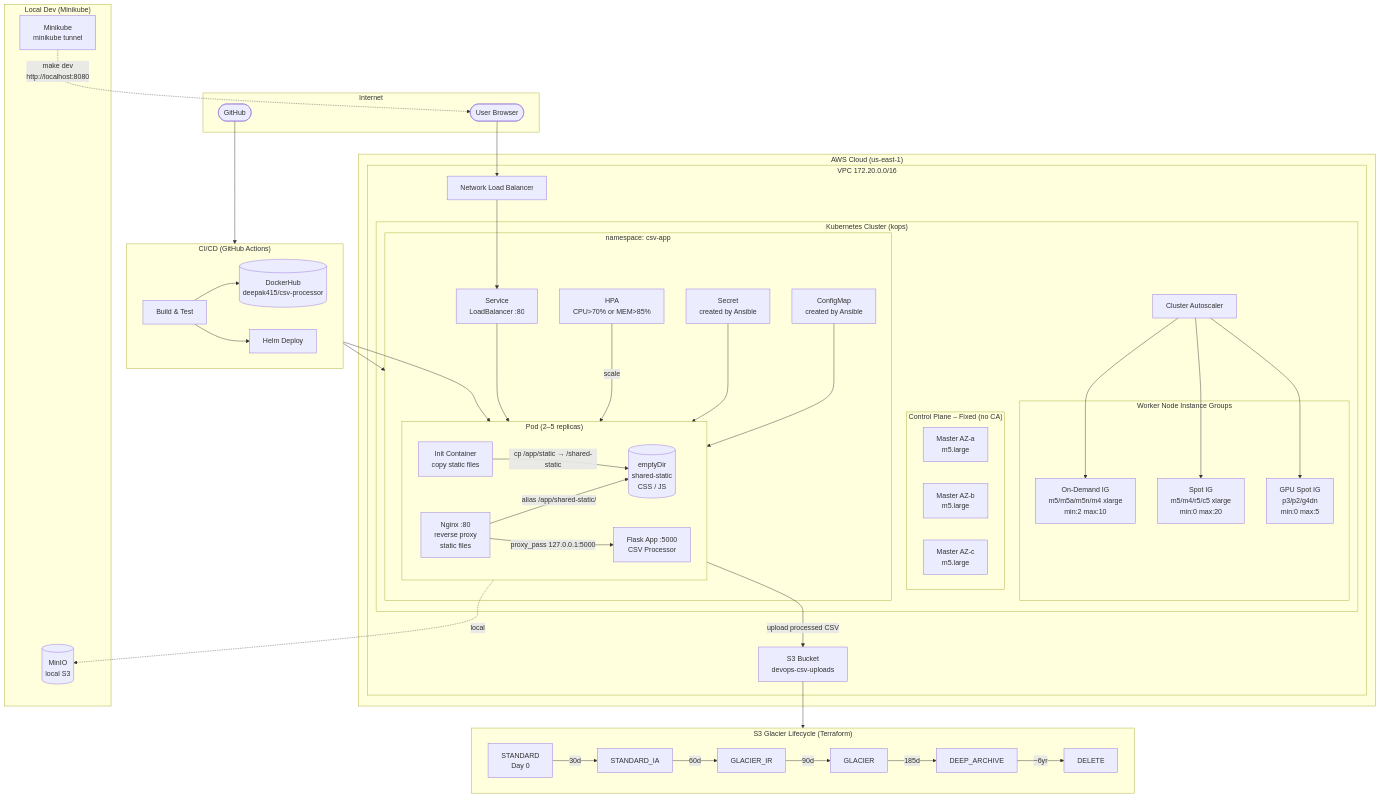
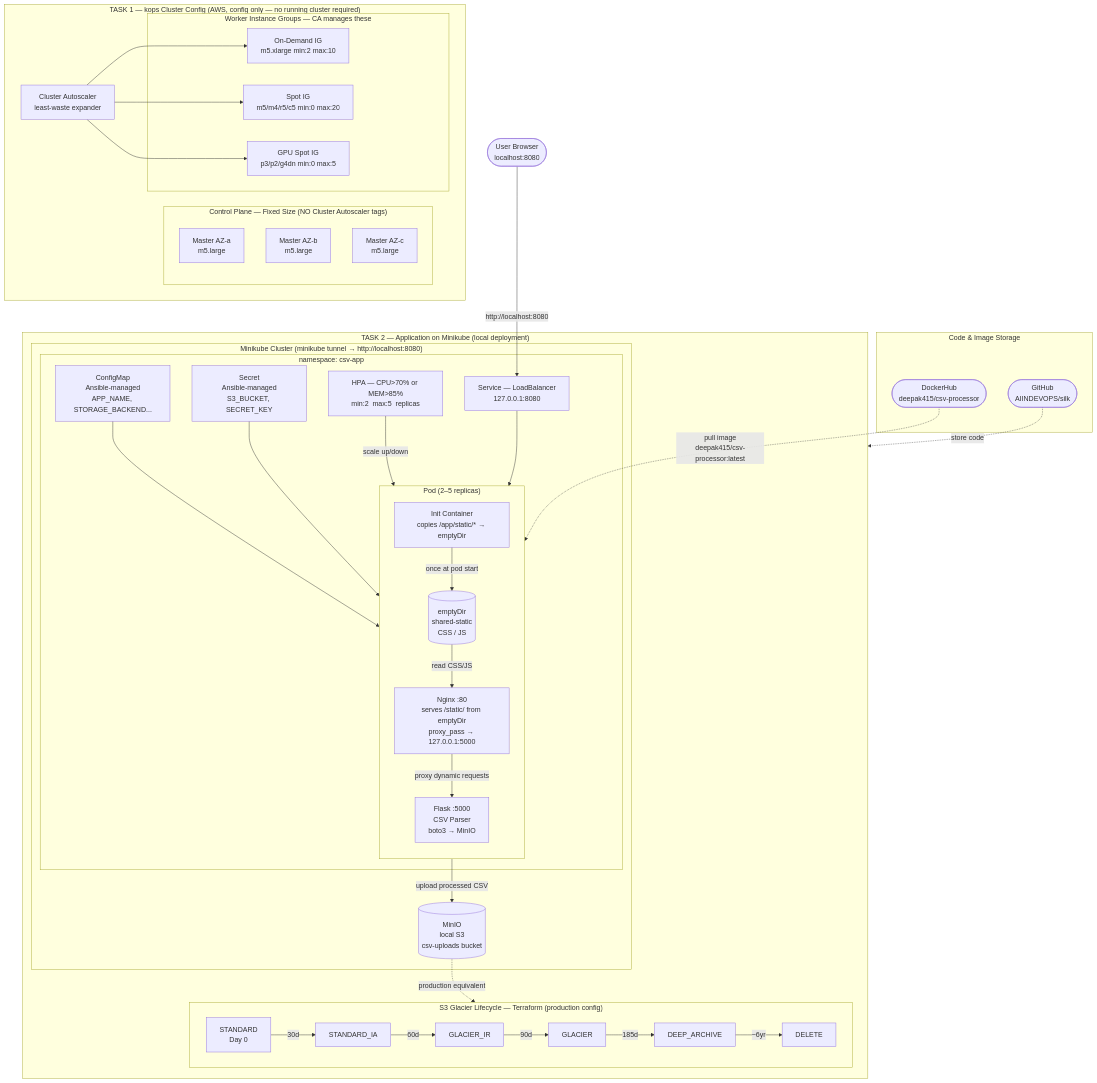
Before and after one commit to AIINDEVOPS/silk: the diagram in ARCHITECTURE.md, drawn with Mermaid. The commit also changed other lines of this file and 34 other files, not shown here.

First line of the commit message:
Remove Azure/CI-CD, fix architecture docs and diagram

````diff
--- a/ARCHITECTURE.md
+++ b/ARCHITECTURE.md
@@ -21,90 +17,71 @@
 ```mermaid
 graph TB
-    subgraph Internet
-        User([User Browser])
-        GH([GitHub])
+    User([User Browser\nlocalhost:8080])
+
+    subgraph Tools["Code & Image Storage"]
+        GH([GitHub\nAIINDEVOPS/silk])
+        DH([DockerHub\ndeepak415/csv-processor])
     end
 
-    subgraph CI["CI/CD (GitHub Actions)"]
-        direction LR
-        GHA[Build & Test] --> DH[(DockerHub\ndeepak415/csv-processor)]
-        GHA --> HelmDeploy[Helm Deploy]
+    subgraph TASK1["TASK 1 — kops Cluster Config (AWS, config only — no running cluster required)"]
+        subgraph Masters["Control Plane — Fixed Size (NO Cluster Autoscaler tags)"]
+            M1[Master AZ-a\nm5.large]
+            M2[Master AZ-b\nm5.large]
+            M3[Master AZ-c\nm5.large]
+        end
+        CA[Cluster Autoscaler\nleast-waste expander]
+        subgraph Workers["Worker Instance Groups — CA manages these"]
+            IG1["On-Demand IG\nm5.xlarge  min:2 max:10"]
+            IG2["Spot IG\nm5/m4/r5/c5  min:0 max:20"]
+            IG3["GPU Spot IG\np3/p2/g4dn  min:0 max:5"]
+        end
+        CA --> IG1
+        CA --> IG2
+        CA --> IG3
     end
 
-    subgraph AWS["AWS Cloud (us-east-1)"]
-        subgraph VPC["VPC 172.20.0.0/16"]
-            NLB[Network Load Balancer]
+    subgraph TASK2["TASK 2 — Application on Minikube (local deployment)"]
+        subgraph MK["Minikube Cluster (minikube tunnel → http://localhost:8080)"]
+            subgraph NS["namespace: csv-app"]
+                HPA["HPA — CPU>70% or MEM>85%\nmin:2  max:5  replicas"]
+                SVC["Service — LoadBalancer\n127.0.0.1:8080"]
 
-            subgraph K8S["Kubernetes Cluster (kops)"]
-                subgraph Masters["Control Plane – Fixed (no CA)"]
-                    M1[Master AZ-a\nm5.large]
-                    M2[Master AZ-b\nm5.large]
-                    M3[Master AZ-c\nm5.large]
+                subgraph POD["Pod (2–5 replicas)"]
+                    direction TB
+                    IC["Init Container\ncopies /app/static/* → emptyDir"]
+                    ED[("emptyDir\nshared-static\nCSS / JS")]
+                    NGINX["Nginx :80\nserves /static/ from emptyDir\nproxy_pass → 127.0.0.1:5000"]
+                    FLASK["Flask :5000\nCSV Parser\nboto3 → MinIO"]
+                    IC -->|once at pod start| ED
+                    ED -->|read CSS/JS| NGINX
+                    NGINX -->|proxy dynamic requests| FLASK
                 end
 
-                CA[Cluster Autoscaler]
+                CM["ConfigMap\nAnsible-managed\nAPP_NAME, STORAGE_BACKEND..."]
+                SEC["Secret\nAnsible-managed\nS3_BUCKET, SECRET_KEY"]
 
-                subgraph Workers["Worker Node Instance Groups"]
-                    IG1["On-Demand IG\nm5/m5a/m5n/m4 xlarge\nmin:2 max:10"]
-                    IG2["Spot IG\nm5/m4/r5/c5 xlarge\nmin:0 max:20"]
-                    IG3["GPU Spot IG\np3/p2/g4dn\nmin:0 max:5"]
-                end
-
-                CA --> IG1
-                CA --> IG2
-                CA --> IG3
-
-                subgraph NS["namespace: csv-app"]
-                    HPA[HPA\nCPU>70% or MEM>85%]
-
-                    subgraph POD["Pod (2–5 replicas)"]
-                        direction LR
-                        IC[Init Container\ncopy static files]
-                        NGINX[Nginx :80\nreverse proxy\nstatic files]
-                        FLASK[Flask App :5000\nCSV Processor]
-                        ED[(emptyDir\nshared-static\nCSS / JS)]
-
-                        IC -->|"cp /app/static → /shared-static"| ED
-                        NGINX -->|"proxy_pass 127.0.0.1:5000"| FLASK
-                        NGINX -->|"alias /app/shared-static/"| ED
-                    end
-
-                    SVC[Service\nLoadBalancer :80]
-                    CM[ConfigMap\ncreated by Ansible]
-                    SEC[Secret\ncreated by Ansible]
-                end
-
-                HPA -->|scale| POD
+                HPA -->|scale up/down| POD
                 SVC --> POD
                 CM --> FLASK
                 SEC --> FLASK
             end
 
-            S3["S3 Bucket\ndevops-csv-uploads"]
+            MINIO[("MinIO\nlocal S3\ncsv-uploads bucket")]
+        end
+
+        subgraph TF["S3 Glacier Lifecycle — Terraform (production config)"]
+            direction LR
+            S0[STANDARD\nDay 0] -->|30d| S1[STANDARD_IA]
+            S1 -->|60d| S2[GLACIER_IR]
+            S2 -->|90d| S3[GLACIER]
+            S3 -->|185d| S4[DEEP_ARCHIVE]
+            S4 -->|~6yr| S5[DELETE]
         end
     end
 
-    subgraph Lifecycle["S3 Glacier Lifecycle (Terraform)"]
-        direction LR
-        STD[STANDARD\nDay 0] -->|30d| IA[STANDARD_IA]
-        IA -->|60d| GIR[GLACIER_IR]
-        GIR -->|90d| GL[GLACIER]
-        GL -->|185d| DA[DEEP_ARCHIVE]
-        DA -->|~6yr| DEL[DELETE]
-    end
-
-    subgraph Local["Local Dev (Minikube)"]
-        MK[Minikube\nminikube tunnel]
-        MINIO[(MinIO\nlocal S3)]
-    end
-
-    User --> NLB
-    NLB --> SVC
-    FLASK -->|"upload processed CSV"| S3
-    S3 --> Lifecycle
-    GH --> CI
-    DH --> POD
-    HelmDeploy --> NS
-    MK -. "make dev\nhttp://localhost:8080" .-> User
-    FLASK -. "local" .-> MINIO
+    User -->|http://localhost:8080| SVC
+    FLASK -->|upload processed CSV| MINIO
+    MINIO -. "production equivalent" .-> TF
+    GH -. "store code" .-> TASK2
+    DH -. "pull image\ndeepak415/csv-processor:latest" .-> POD
 ```
````
